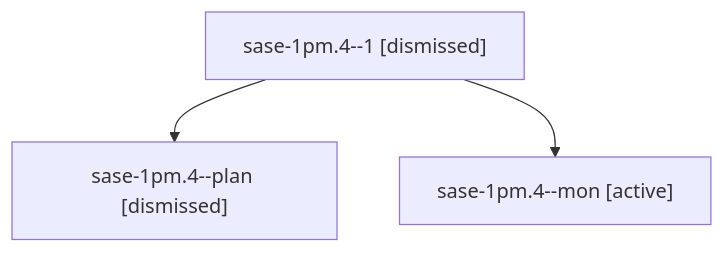
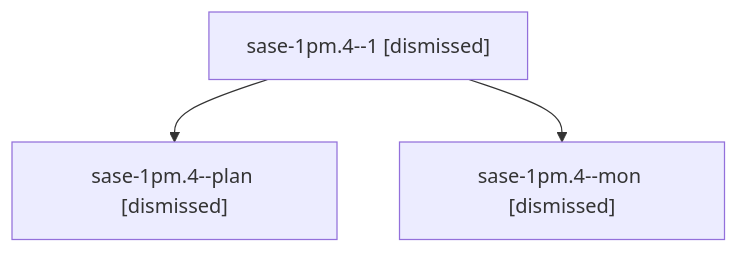
The diagram in sessions/bbugyi200.athena.sase-1pm.4.md (sase-org/sase--agents), drawn with Mermaid before and after one commit. The commit also changed other lines of this file and 136 other files, not shown here.

````diff
--- a/sessions/bbugyi200.athena.sase-1pm.4.md
+++ b/sessions/bbugyi200.athena.sase-1pm.4.md
@@ -9,8 +9,8 @@
 ```mermaid
 flowchart TD
   n0["sase-1pm.4--1 [dismissed]"]
   n1["sase-1pm.4--plan [dismissed]"]
   n0 --> n1
-  n2["sase-1pm.4--mon [active]"]
+  n2["sase-1pm.4--mon [dismissed]"]
   n0 --> n2
 ```
````
